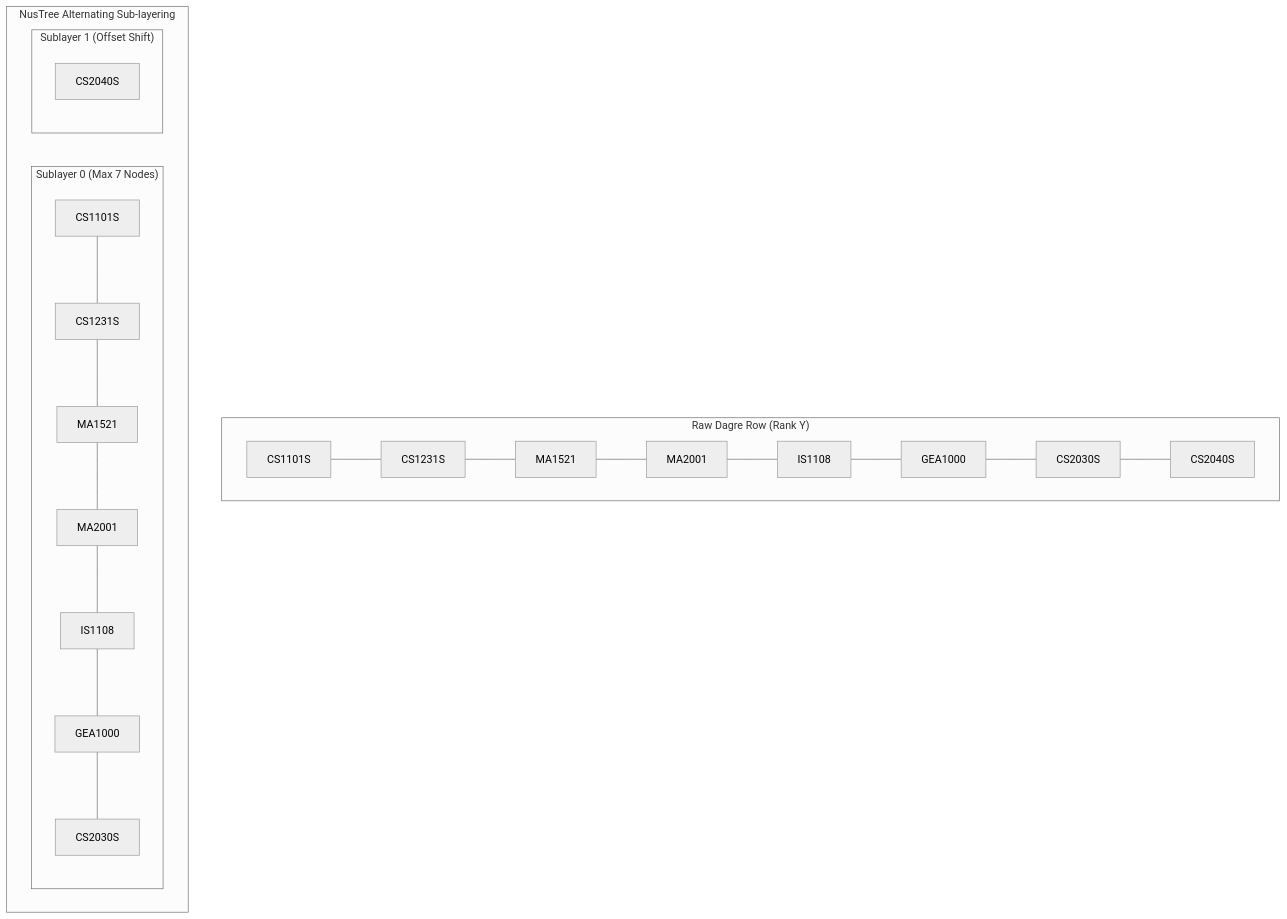
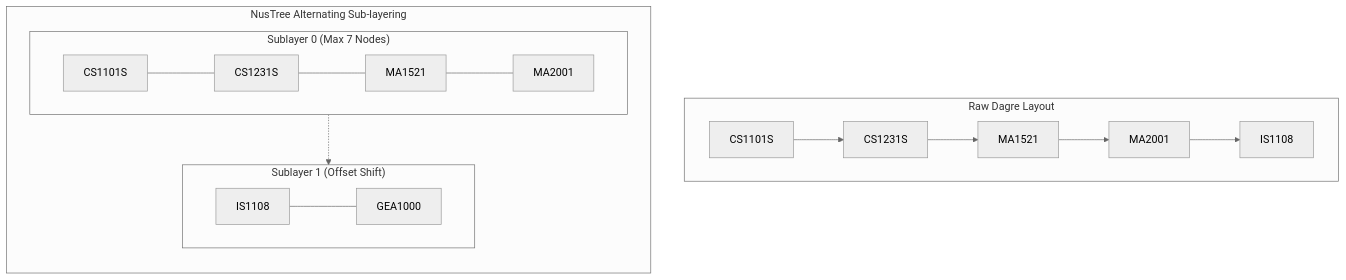
One commit to Raaghulk04/NusTree changed the third of 4 diagrams in README.md. Above: the diagram before and after it, drawn with Mermaid (neutral theme). The commit also changed other lines of this file, not shown here.

````diff
--- a/README.md
+++ b/README.md
@@ -168,15 +167,17 @@
 ```mermaid
-graph TD
-    subgraph Raw_Dagre_Row["Raw Dagre Row (Rank Y)"]
-        R1[CS1101S] --- R2[CS1231S] --- R3[MA1521] --- R4[MA2001] --- R5[IS1108] --- R6[GEA1000] --- R7[CS2030S] --- R8[CS2040S]
+flowchart TD
+    subgraph Raw_Dagre["Raw Dagre Layout"]
+        R1["CS1101S"] --> R2["CS1231S"] --> R3["MA1521"] --> R4["MA2001"] --> R5["IS1108"]
     end
     
-    subgraph Binned_Sublayers["NusTree Alternating Sub-layering"]
+    subgraph NusTree_Binning["NusTree Alternating Sub-layering"]
+        direction TB
         subgraph Layer_0["Sublayer 0 (Max 7 Nodes)"]
-            L1[CS1101S] --- L2[CS1231S] --- L3[MA1521] --- L4[MA2001] --- L5[IS1108] --- L6[GEA1000] --- L7[CS2030S]
+            L1["CS1101S"] --- L2["CS1231S"] --- L3["MA1521"] --- L4["MA2001"]
         end
         subgraph Layer_1["Sublayer 1 (Offset Shift)"]
-            L8[CS2040S]
+            L5["IS1108"] --- L6["GEA1000"]
         end
+        Layer_0 -.-> Layer_1
     end
 ```
````
